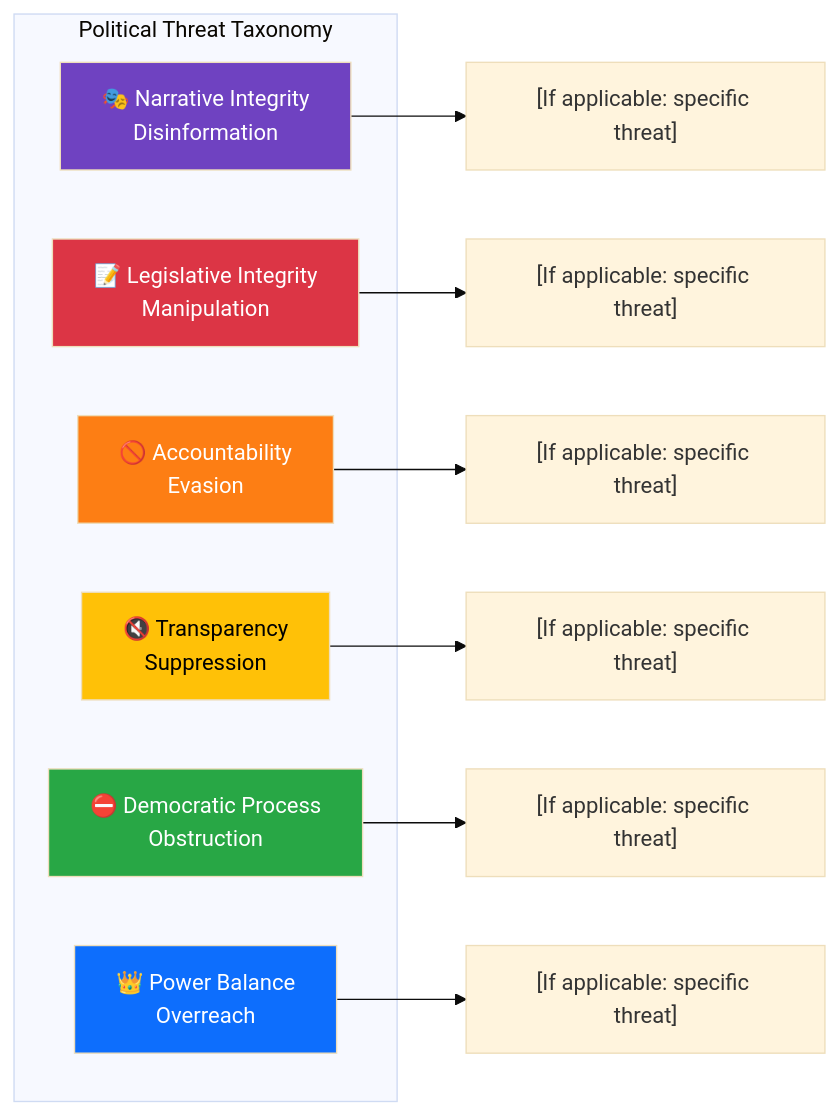
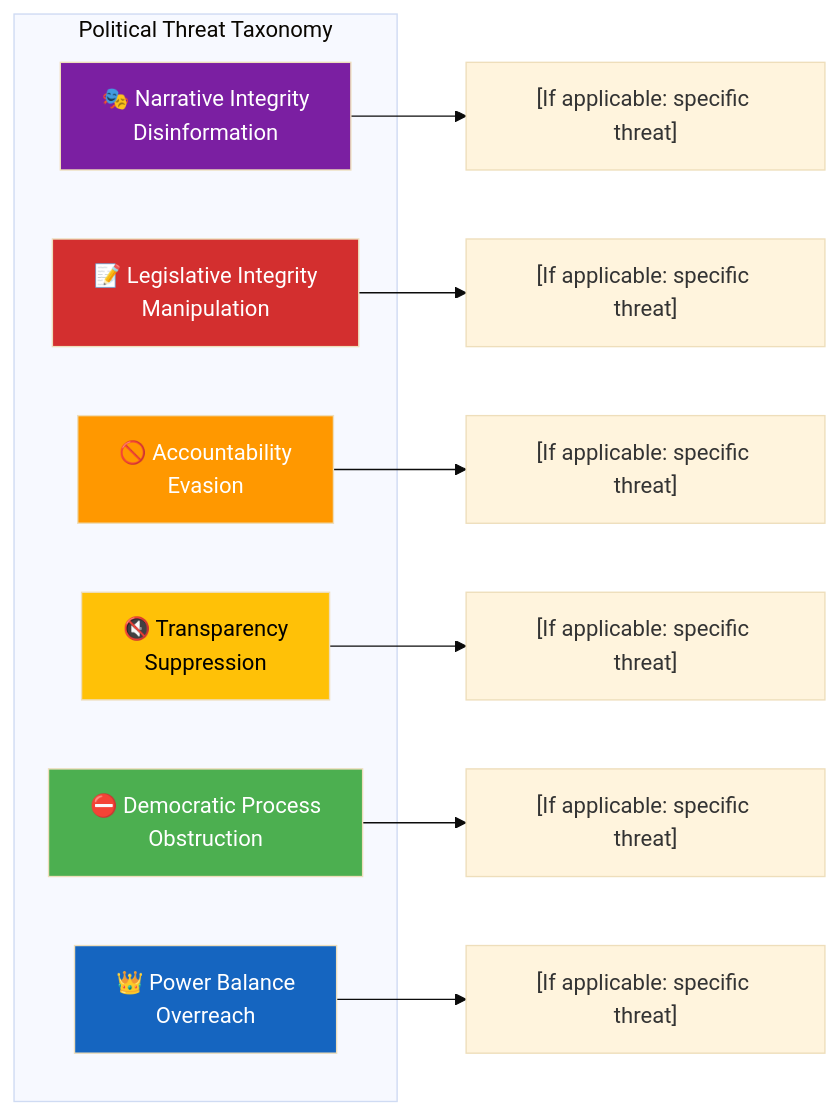
Before and after one commit to Hack23/riksdagsmonitor: the fourth of 5 diagrams in analysis/templates/per-file-political-intelligence.md, drawn with Mermaid (base theme). The commit also changed other lines of this file and 14 other files, not shown here.

First line of the commit message:
Align analysis/ mermaid diagrams with ISMS Style Guide palette and convert SWOT to quadrantChart

````diff
--- a/analysis/templates/per-file-political-intelligence.md
+++ b/analysis/templates/per-file-political-intelligence.md
@@ -208,25 +231,25 @@
 ```mermaid
 graph LR
     subgraph "Political Threat Taxonomy"
         NI["🎭 Narrative Integrity<br/>Disinformation"]
         LI["📝 Legislative Integrity<br/>Manipulation"]
         AC["🚫 Accountability<br/>Evasion"]
         TR["🔇 Transparency<br/>Suppression"]
         DP["⛔ Democratic Process<br/>Obstruction"]
         PB["👑 Power Balance<br/>Overreach"]
     end
     
     NI --> NI1["[If applicable: specific threat]"]
     LI --> LI1["[If applicable: specific threat]"]
     AC --> AC1["[If applicable: specific threat]"]
     TR --> TR1["[If applicable: specific threat]"]
     DP --> DP1["[If applicable: specific threat]"]
     PB --> PB1["[If applicable: specific threat]"]
     
-    style NI fill:#6f42c1,color:#fff
-    style LI fill:#dc3545,color:#fff
-    style AC fill:#fd7e14,color:#fff
-    style TR fill:#ffc107,color:#000
-    style DP fill:#28a745,color:#fff
-    style PB fill:#0d6efd,color:#fff
+    style NI fill:#7B1FA2,color:#FFFFFF
+    style LI fill:#D32F2F,color:#FFFFFF
+    style AC fill:#FF9800,color:#FFFFFF
+    style TR fill:#FFC107,color:#000000
+    style DP fill:#4CAF50,color:#FFFFFF
+    style PB fill:#1565C0,color:#FFFFFF
 ```
````
